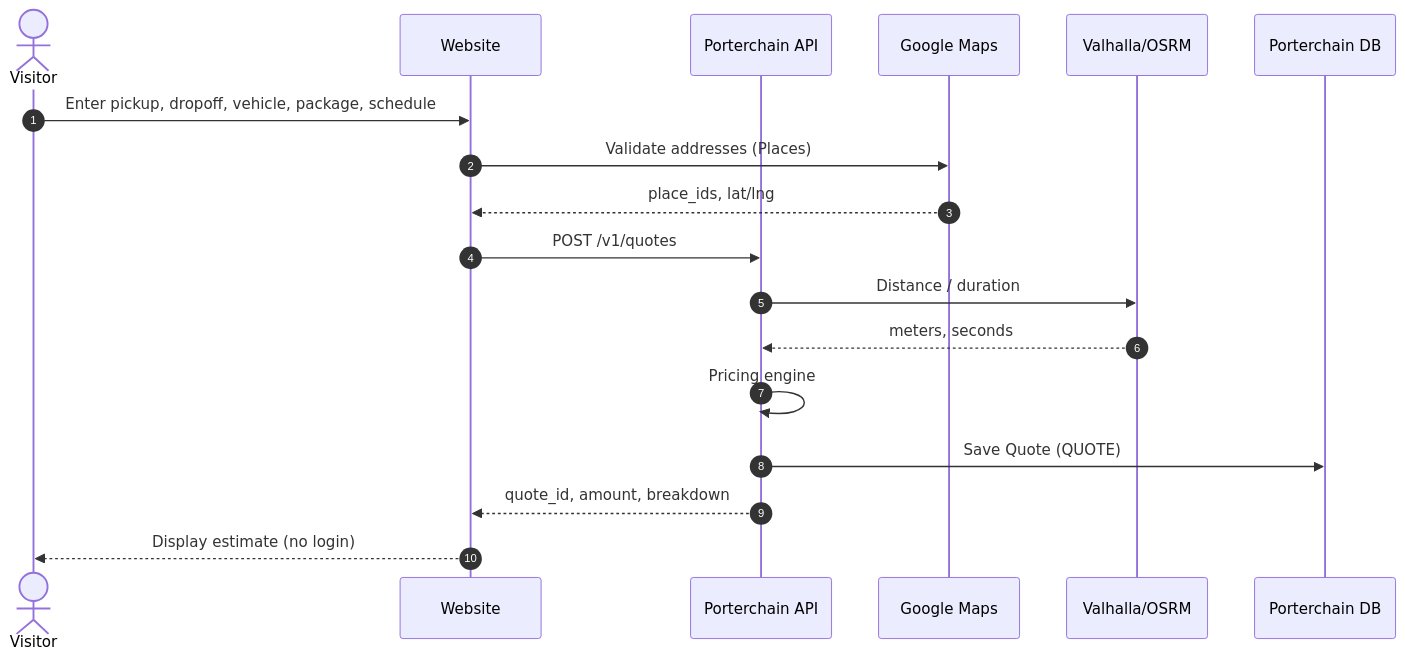
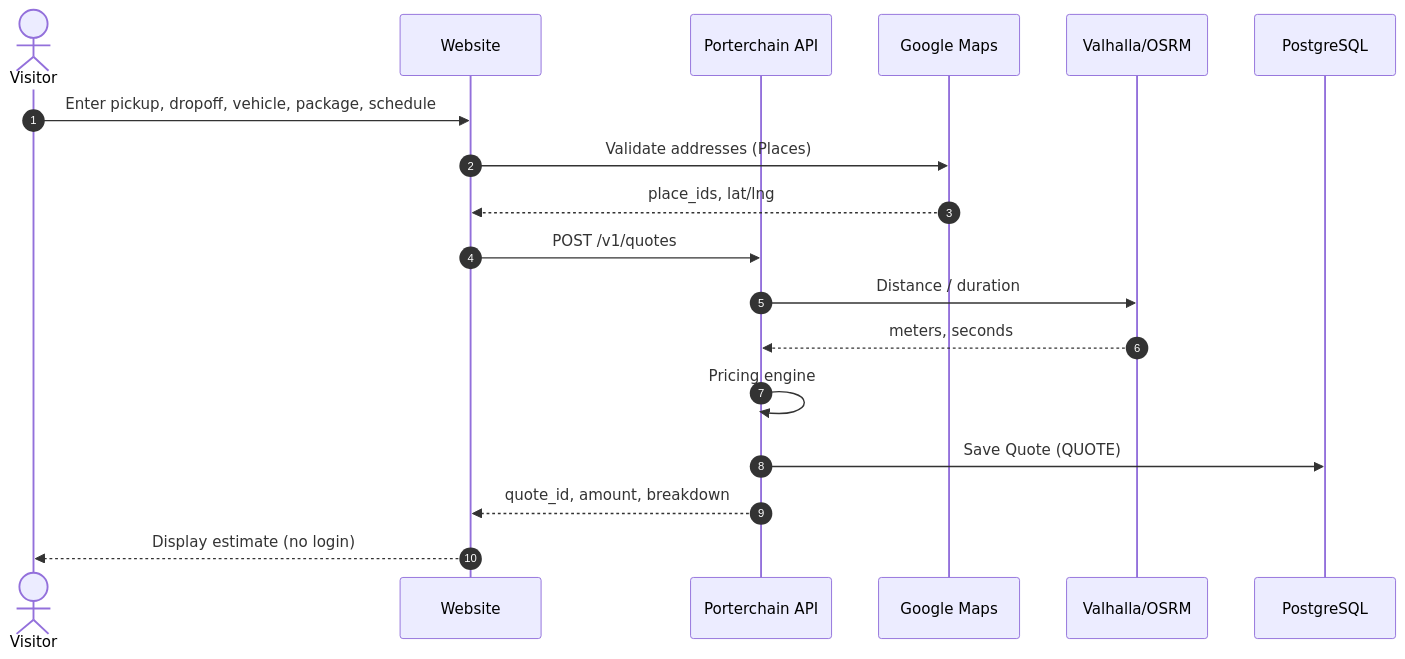
Before and after one commit to PORTERCHAIN-INC/PCD: the first of 11 diagrams in SYSTEM_SEQUENCE_DIAGRAMS.md, drawn with Mermaid. The commit also changed other lines of this file and 453 other files, not shown here.

````diff
--- a/SYSTEM_SEQUENCE_DIAGRAMS.md
+++ b/SYSTEM_SEQUENCE_DIAGRAMS.md
@@ -10,21 +13,21 @@
 ```mermaid
 sequenceDiagram
     autonumber
     actor Visitor
     participant Web as Website
     participant API as Porterchain API
     participant Maps as Google Maps
     participant Route as Valhalla/OSRM
-    participant DB as Porterchain DB
+    participant DB as PostgreSQL
 
     Visitor->>Web: Enter pickup, dropoff, vehicle, package, schedule
     Web->>Maps: Validate addresses (Places)
     Maps-->>Web: place_ids, lat/lng
     Web->>API: POST /v1/quotes
     API->>Route: Distance / duration
     Route-->>API: meters, seconds
     API->>API: Pricing engine
     API->>DB: Save Quote (QUOTE)
     API-->>Web: quote_id, amount, breakdown
     Web-->>Visitor: Display estimate (no login)
 ```
````
